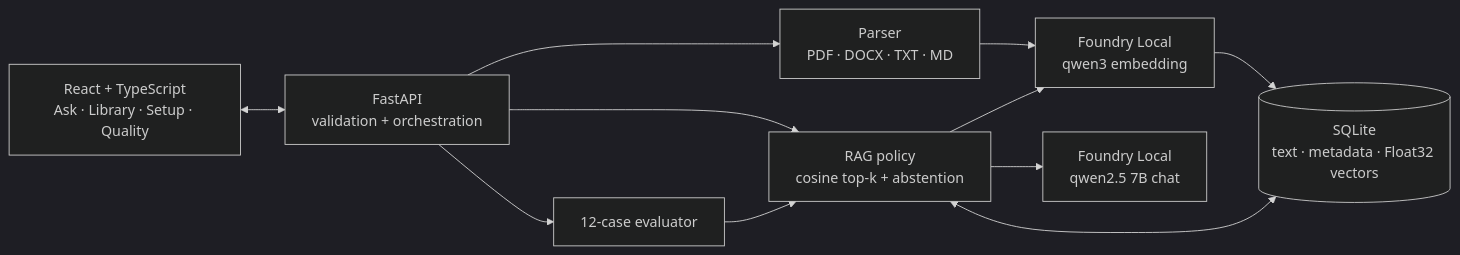
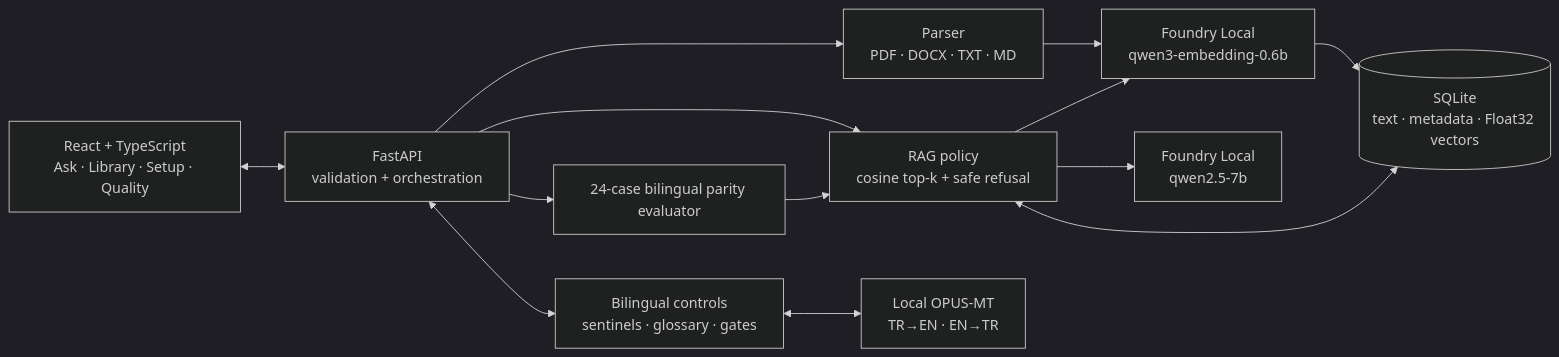
One commit to furkan-sarica/tracefold changed the first of 2 diagrams in docs/architecture.md. Above: the diagram before and after it, drawn with Mermaid (dark theme). The commit also changed other lines of this file and 47 other files, not shown here.

````diff
--- a/docs/architecture.md
+++ b/docs/architecture.md
@@ -7,22 +7,26 @@
 ```mermaid
 flowchart LR
     UI["React + TypeScript\nAsk · Library · Setup · Quality"]
     API["FastAPI\nvalidation + orchestration"]
     PARSE["Parser\nPDF · DOCX · TXT · MD"]
-    RAG["RAG policy\ncosine top-k + abstention"]
+    RAG["RAG policy\ncosine top-k + safe refusal"]
     DB[("SQLite\ntext · metadata · Float32 vectors")]
-    EMB["Foundry Local\nqwen3 embedding"]
-    CHAT["Foundry Local\nqwen2.5 7B chat"]
-    EVAL["12-case evaluator"]
+    EMB["Foundry Local\nqwen3-embedding-0.6b"]
+    CHAT["Foundry Local\nqwen2.5-7b"]
+    NMT["Local OPUS-MT\nTR→EN · EN→TR"]
+    CTRL["Bilingual controls\nsentinels · glossary · gates"]
+    EVAL["24-case bilingual parity evaluator"]
 
     UI <--> API
     API --> PARSE
     PARSE --> EMB
     EMB --> DB
     API --> RAG
     RAG <--> DB
     RAG --> EMB
     RAG --> CHAT
+    API <--> CTRL
+    CTRL <--> NMT
     API --> EVAL
     EVAL --> RAG
 ```
````
